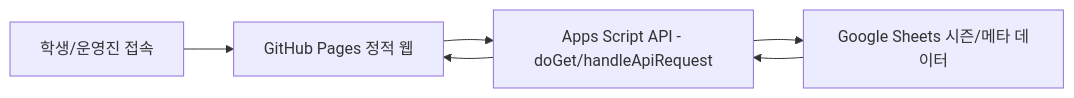
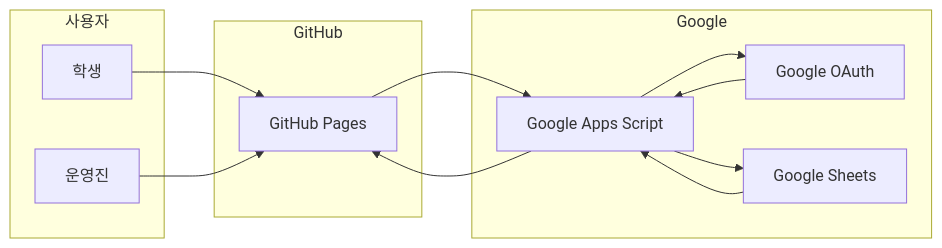
Before and after one commit to cloud-club/CloudClubAttendanceSystem: the diagram in README.md, drawn with Mermaid. The commit also changed 5 other files, not shown here.

````diff
--- a/README.md
+++ b/README.md
@@ -6,8 +6,26 @@
 ```mermaid
 flowchart LR
-  U[학생/운영진 접속] --> P[GitHub Pages 정적 웹]
-  P --> A[Apps Script API - doGet/handleApiRequest]
-  A --> S[Google Sheets 시즌/메타 데이터]
+  subgraph U[사용자]
+    U1[학생]
+    U2[운영진]
+  end
+
+  subgraph GH[GitHub]
+    P[GitHub Pages]
+  end
+
+  subgraph G[Google]
+    A[Google Apps Script]
+    O[Google OAuth]
+    S[Google Sheets]
+  end
+
+  U1 --> P
+  U2 --> P
+  P --> A
+  A --> O
+  O --> A
+  A --> S
   S --> A
   A --> P
 ```
````
